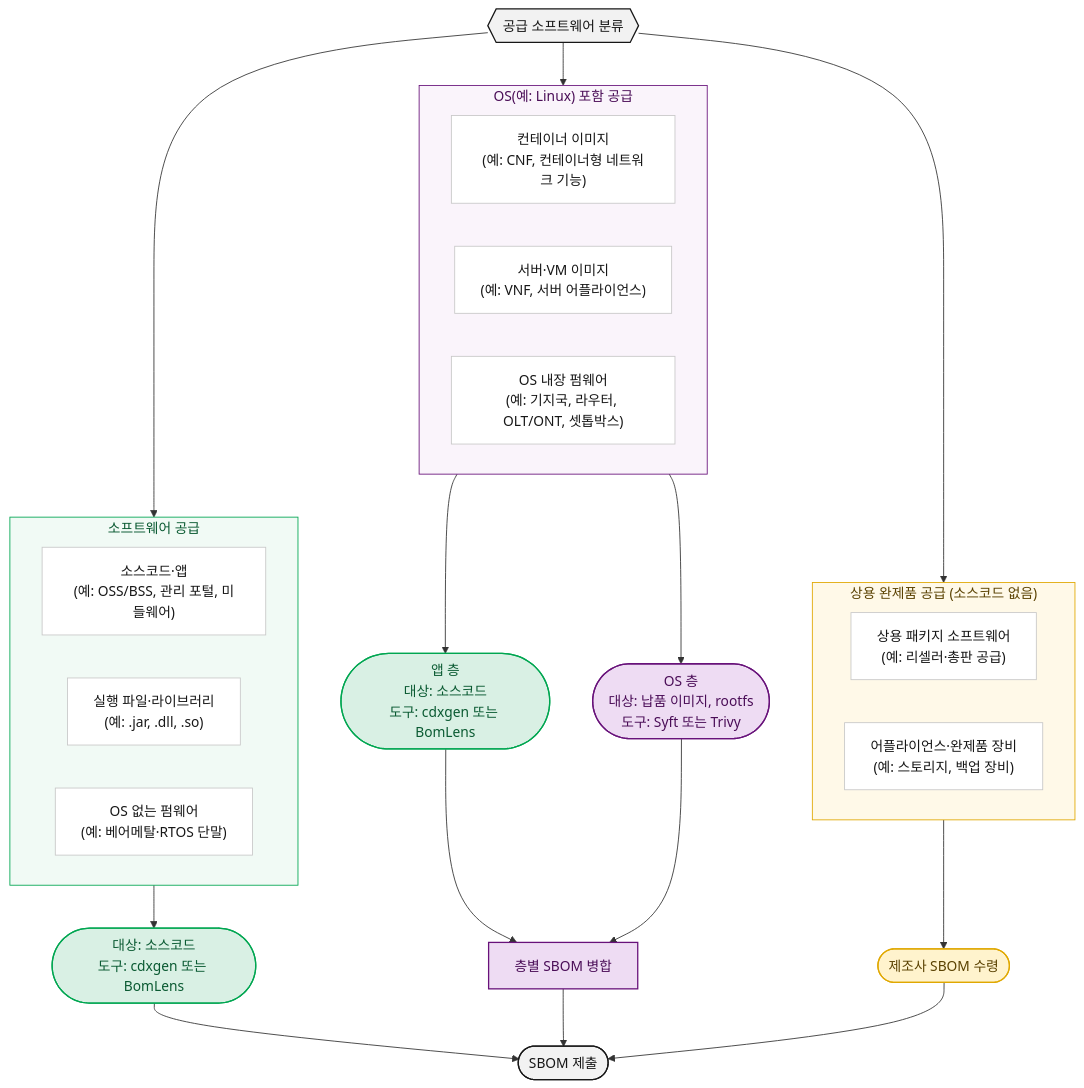
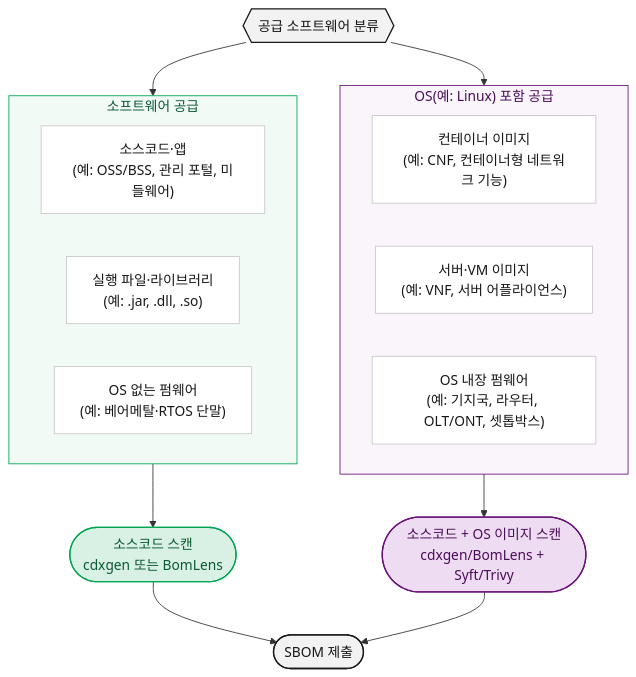
Before and after one commit to sktelecom/sktelecom.github.io: the diagram in content/ko/guide/supply-chain/for-suppliers/creation-guide/_index.md, drawn with Mermaid. The commit also changed 1 other file, not shown here.

Commit message:
docs(supply-chain): revert tool selection diagram to the original layout
Keep the body text updates (self-developed wording and the commercial
software pointer) but restore the diagram as it was before #258.

````diff
--- a/content/ko/guide/supply-chain/for-suppliers/creation-guide/_index.md
+++ b/content/ko/guide/supply-chain/for-suppliers/creation-guide/_index.md
@@ -14,59 +14,40 @@
 ```mermaid
 graph TD
     A{{"공급 소프트웨어 분류"}}
 
     subgraph G1["소프트웨어 공급"]
       direction LR
       T1["소스코드·앱<br>(예: OSS/BSS, 관리 포털, 미들웨어)"]
       T2["실행 파일·라이브러리<br>(예: .jar, .dll, .so)"]
       T3["OS 없는 펌웨어<br>(예: 베어메탈·RTOS 단말)"]
     end
 
     subgraph G2["OS(예: Linux) 포함 공급"]
       direction LR
       T4["컨테이너 이미지<br>(예: CNF, 컨테이너형 네트워크 기능)"]
       T5["서버·VM 이미지<br>(예: VNF, 서버 어플라이언스)"]
       T6["OS 내장 펌웨어<br>(예: 기지국, 라우터, OLT/ONT, 셋톱박스)"]
     end
 
-    subgraph G3["상용 완제품 공급 (소스코드 없음)"]
-      direction LR
-      T7["상용 패키지 소프트웨어<br>(예: 리셀러·총판 공급)"]
-      T8["어플라이언스·완제품 장비<br>(예: 스토리지, 백업 장비)"]
-    end
-
     A --> G1
     A --> G2
-    A --> G3
-
-    G1 --> M1(["대상: 소스코드<br>도구: cdxgen 또는 BomLens"])
-
-    G2 --> L1(["앱 층<br>대상: 소스코드<br>도구: cdxgen 또는 BomLens"])
-    G2 --> L2(["OS 층<br>대상: 납품 이미지, rootfs<br>도구: Syft 또는 Trivy"])
-    L1 --> MG["층별 SBOM 병합"]
-    L2 --> MG
-
-    G3 --> M3(["제조사 SBOM 수령"])
-
+    G1 --> M1(["소스코드 스캔<br>cdxgen 또는 BomLens"])
+    G2 --> M2(["소스코드 + OS 이미지 스캔<br>cdxgen/BomLens + Syft/Trivy"])
     M1 --> P(["SBOM 제출"])
-    MG --> P
-    M3 --> P
+    M2 --> P
 
     classDef start fill:#F2F2F2,stroke:#171717,color:#171717,stroke-width:1.5px
     classDef typebox fill:#ffffff,stroke:#c8c8c8,color:#171717,stroke-width:1px
     classDef source fill:#D9F0E4,stroke:#00A651,color:#0A5A32,stroke-width:1.5px
     classDef osmerge fill:#EEDCF3,stroke:#68127A,color:#4A0D57,stroke-width:1.5px
-    classDef vendor fill:#FFF3CD,stroke:#E0A800,color:#5A4100,stroke-width:1.5px
     classDef submit fill:#F2F2F2,stroke:#171717,color:#171717,stroke-width:1.5px
 
     class A start
-    class T1,T2,T3,T4,T5,T6,T7,T8 typebox
-    class M1,L1 source
-    class L2,MG osmerge
-    class M3 vendor
+    class T1,T2,T3,T4,T5,T6 typebox
+    class M1 source
+    class M2 osmerge
     class P submit
 
     style G1 fill:#F1FAF5,stroke:#00A651,stroke-width:1px,color:#0A5A32
     style G2 fill:#FAF4FB,stroke:#68127A,stroke-width:1px,color:#4A0D57
-    style G3 fill:#FFF9E8,stroke:#E0A800,stroke-width:1px,color:#5A4100
 ```
````
